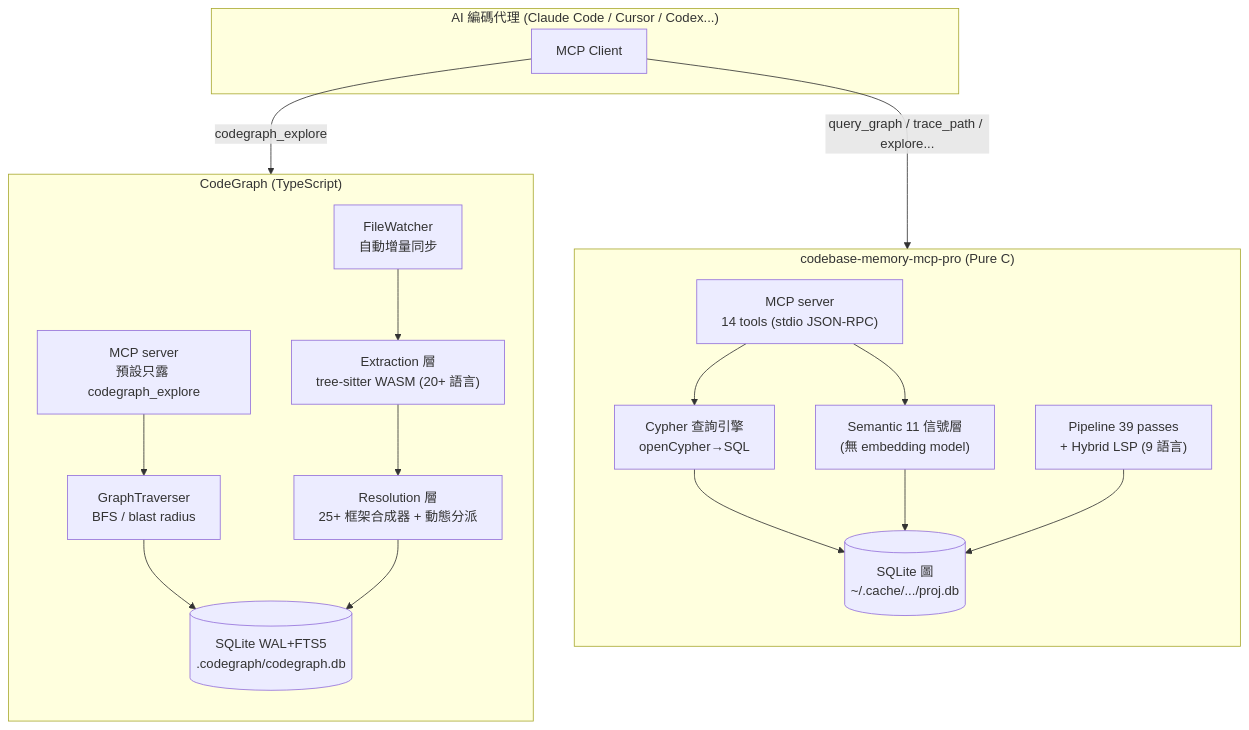
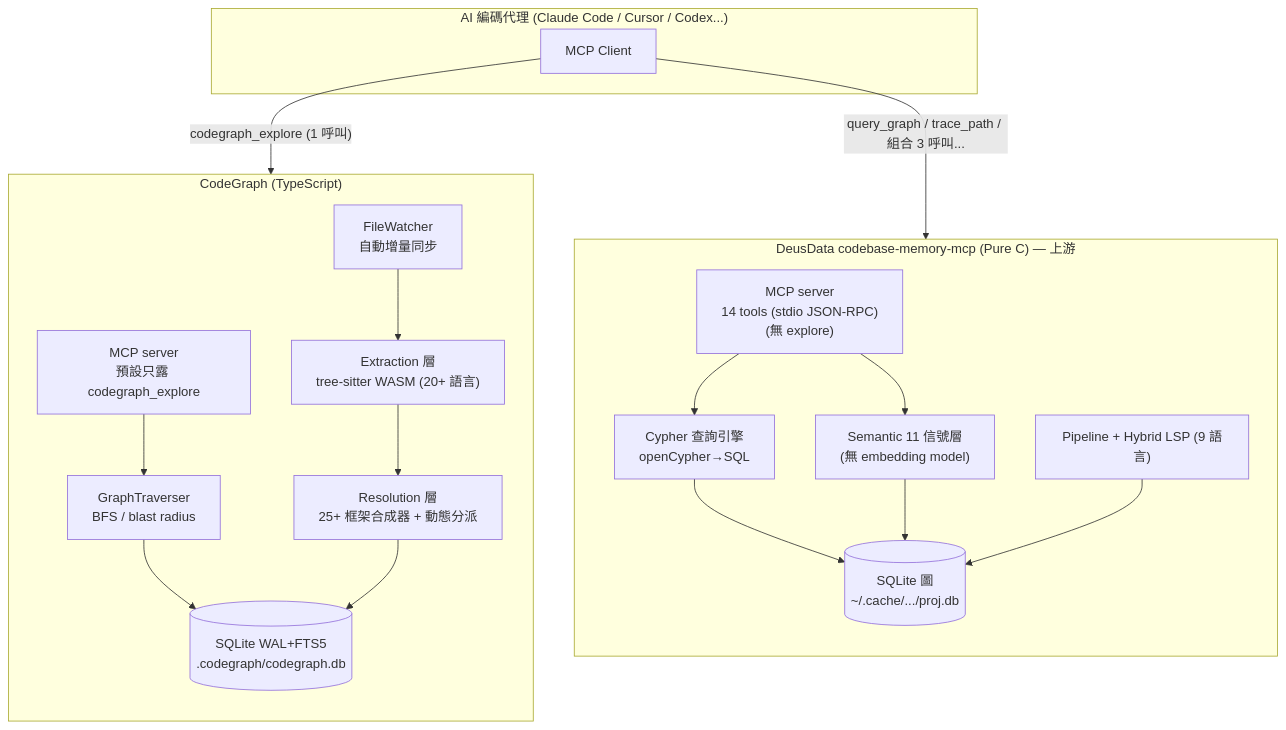
The first of 4 diagrams in CodeAnalysis/2026-06-24-CODEBASE-MEMORY-MCP-PRO-VS-CODEGRAPH-CODE-KNOWLEDGE-GRAPH-COMPARISON.md (swchen44/personal-knowledge-base-from-ai), drawn with Mermaid before and after one commit. The commit also changed other lines of this file and 1 other file, not shown here.

First line of the commit message:
kb: rewrite — 改以上游 DeusData vs CodeGraph 為主比較，疊加 win4r fork diff 剖析

````diff
--- a/CodeAnalysis/2026-06-24-CODEBASE-MEMORY-MCP-PRO-VS-CODEGRAPH-CODE-KNOWLEDGE-GRAPH-COMPARISON.md
+++ b/CodeAnalysis/2026-06-24-CODEBASE-MEMORY-MCP-PRO-VS-CODEGRAPH-CODE-KNOWLEDGE-GRAPH-COMPARISON.md
@@ -113,34 +127,34 @@
 ```mermaid
 flowchart TB
     subgraph Agent["AI 編碼代理 (Claude Code / Cursor / Codex...)"]
         AG["MCP Client"]
     end
 
-    subgraph CMP["codebase-memory-mcp-pro (Pure C)"]
+    subgraph CMP["DeusData codebase-memory-mcp (Pure C) — 上游"]
         direction TB
-        M1["MCP server<br/>14 tools (stdio JSON-RPC)"]
+        M1["MCP server<br/>14 tools (stdio JSON-RPC)<br/>(無 explore)"]
         C1["Cypher 查詢引擎<br/>openCypher→SQL"]
         S1["Semantic 11 信號層<br/>(無 embedding model)"]
-        P1["Pipeline 39 passes<br/>+ Hybrid LSP (9 語言)"]
+        P1["Pipeline + Hybrid LSP (9 語言)"]
         DB1[("SQLite 圖<br/>~/.cache/.../proj.db")]
         M1 --> C1 --> DB1
         M1 --> S1 --> DB1
         P1 --> DB1
     end
 
     subgraph CG["CodeGraph (TypeScript)"]
         direction TB
         M2["MCP server<br/>預設只露 codegraph_explore"]
         G2["GraphTraverser<br/>BFS / blast radius"]
         R2["Resolution 層<br/>25+ 框架合成器 + 動態分派"]
         E2["Extraction 層<br/>tree-sitter WASM (20+ 語言)"]
         DB2[("SQLite WAL+FTS5<br/>.codegraph/codegraph.db")]
         W2["FileWatcher<br/>自動增量同步"]
         M2 --> G2 --> DB2
         E2 --> R2 --> DB2
         W2 --> E2
     end
 
-    AG -->|"query_graph / trace_path / explore..."| M1
-    AG -->|"codegraph_explore"| M2
+    AG -->|"query_graph / trace_path / 組合 3 呼叫..."| M1
+    AG -->|"codegraph_explore (1 呼叫)"| M2
 ```
````
